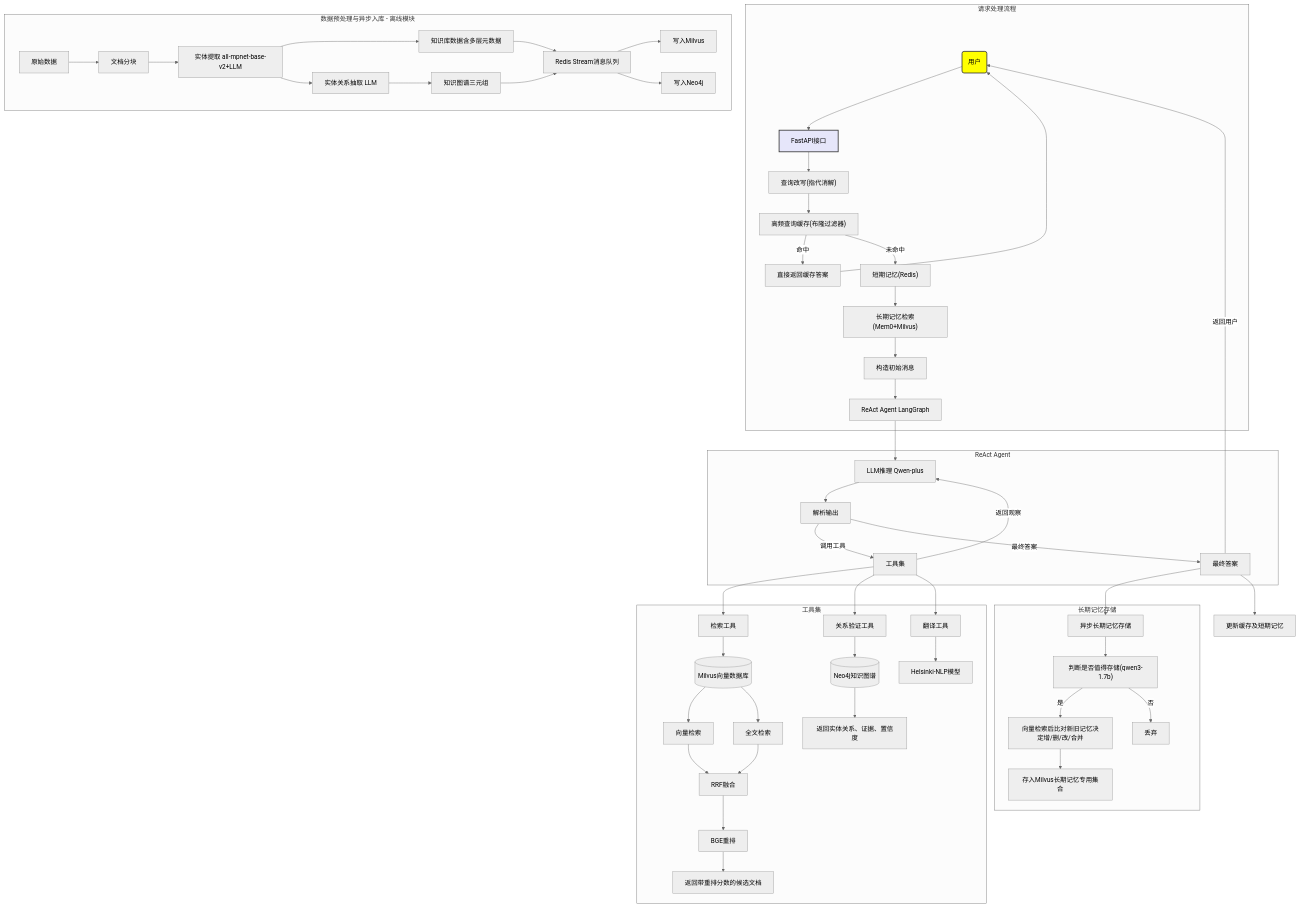
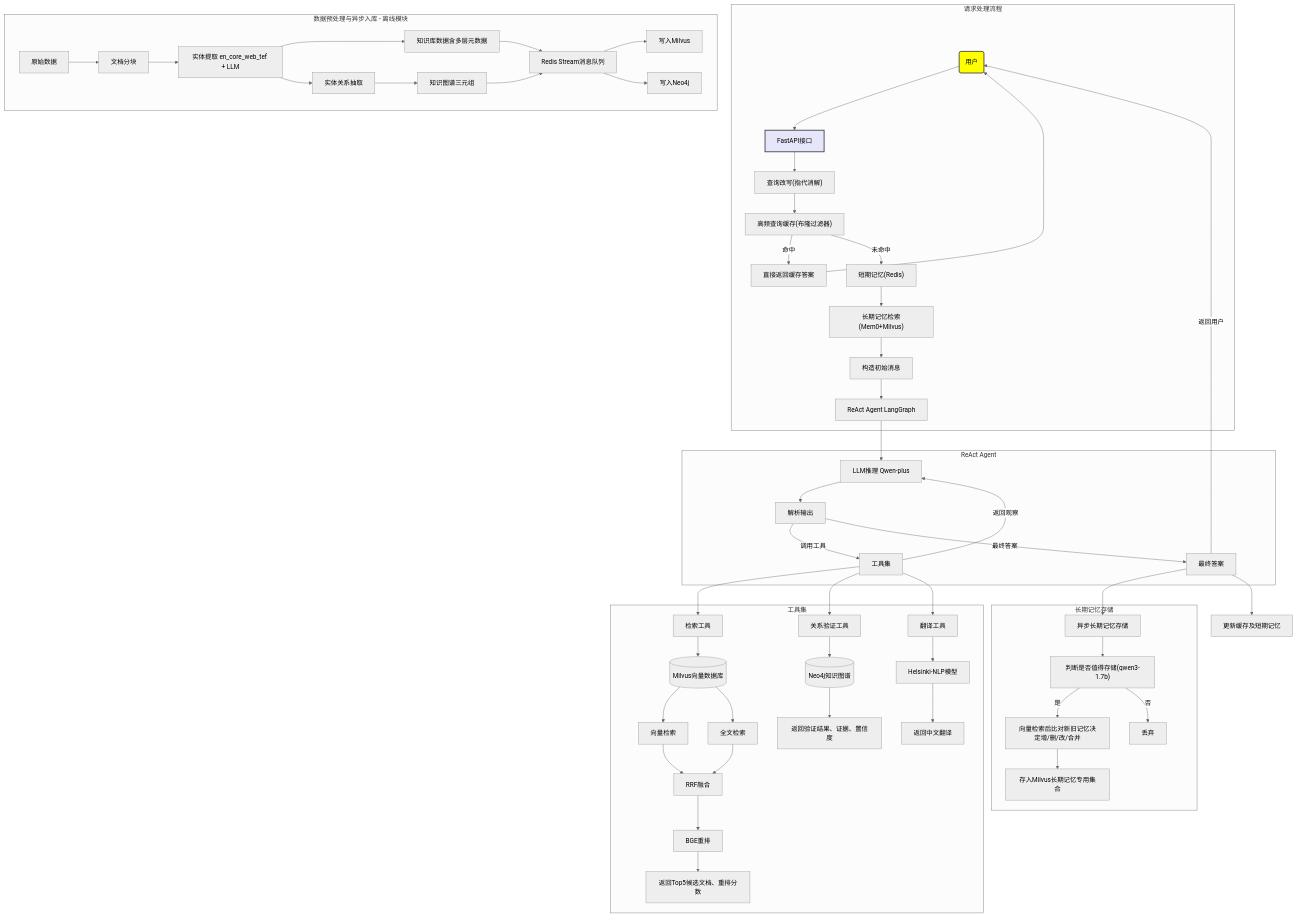
The diagram in README.md (Jkler879/Multi-turn-Dialogue-System), drawn with Mermaid (neutral theme) before and after one commit.

````diff
--- a/README.md
+++ b/README.md
@@ -17,70 +17,72 @@
 ```mermaid
 graph TD
     User(用户) --> API[FastAPI接口]
     style User fill:yellow,stroke:#333,stroke-width:2px
     style API fill:#E6E6FA,stroke:#333,stroke-width:2px
 
     subgraph 请求处理流程
         API --> QW["查询改写(指代消解)"]
         QW --> Cache["高频查询缓存(布隆过滤器)"]
         Cache -->|命中| DirectReturn[直接返回缓存答案]
         DirectReturn --> User
         Cache -->|未命中| ShortMem["短期记忆(Redis)"]
         ShortMem --> LongMemRet["长期记忆检索(Mem0+Milvus)"]
         LongMemRet --> MsgConstruct[构造初始消息]
         MsgConstruct --> Agent[ReAct Agent LangGraph]
     end
 
     subgraph ReAct Agent
         Agent --> LLM[LLM推理 Qwen-plus]
         LLM --> Parse[解析输出]
         Parse -->|调用工具| Tools[工具集]
         Tools -->|返回观察| LLM
         Parse -->|最终答案| FinalAns[最终答案]
     end
 
 
     subgraph 工具集
         Tools --> Retriever[检索工具]
         Tools --> Verifier[关系验证工具]
         Tools --> Translator[翻译工具]
 
         Retriever --> Milvus[(Milvus向量数据库)]
         Milvus --> VectorSearch[向量检索]
         Milvus --> FullTextSearch[全文检索]
         VectorSearch --> RRF[RRF融合]
         FullTextSearch --> RRF
         RRF --> Rerank[BGE重排]
-        Rerank --> RetResult[返回带重排分数的候选文档]
+        Rerank --> RetResult[返回Top5候选文档、重排分数]
         
         Verifier --> Neo4j[(Neo4j知识图谱)]
-        Neo4j --> VeriResult[返回实体关系、证据、置信度]
+        Neo4j --> VeriResult[返回验证结果、证据、置信度]
 
         Translator --> Helsinki[Helsinki-NLP模型]
+        Helsinki --> TranslatorResult[返回中文翻译]
+
     end
 
     FinalAns -->|返回用户| User
     FinalAns --> AsyncLongMem[异步长期记忆存储]
     FinalAns --> UpdateCache[更新缓存及短期记忆]
 
     subgraph 长期记忆存储
         AsyncLongMem --> Decide["判断是否值得存储(qwen3-1.7b)"]
         Decide -->|是| Vectorize[向量检索后比对新旧记忆决定增/删/改/合并]
         Vectorize --> StoreMem[存入Milvus长期记忆专用集合]
         Decide -->|否| Discard[丢弃]
     end
 
     subgraph 数据预处理与异步入库 - 离线模块
         RawData[原始数据] --> Chunking[文档分块]
-        Chunking --> EntityExt[实体提取 all-mpnet-base-v2+LLM]
+        Chunking --> EntityExt[实体提取 en_core_web_tef + LLM]
         EntityExt --> KBData[知识库数据含多层元数据]
         KBData --> Stream[Redis Stream消息队列]
 
-        EntityExt --> RelationExt[实体关系抽取 LLM]
+        EntityExt --> RelationExt[实体关系抽取]
         RelationExt --> KGData[知识图谱三元组]
         KGData --> Stream
 
         Stream --> MilvusConsumer[写入Milvus]
         Stream --> Neo4jConsumer[写入Neo4j]
     end
 ```
````
